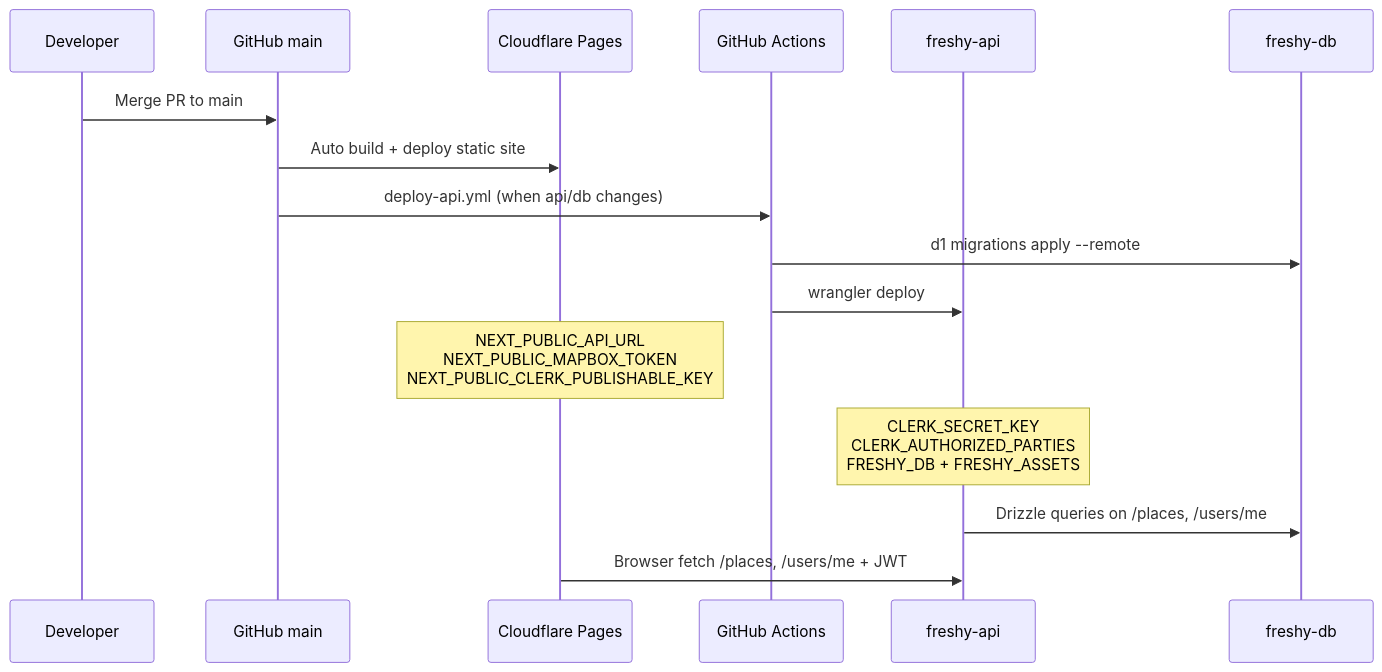
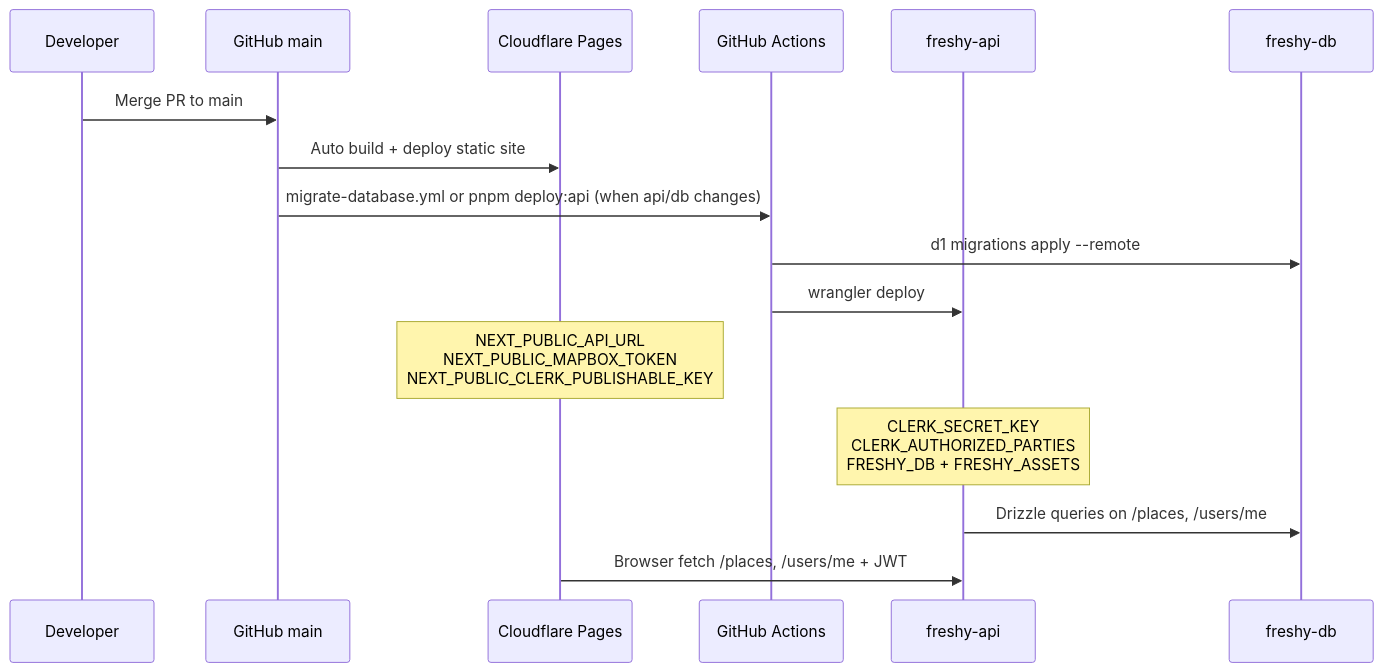
One commit to alexandrelheinen/freshy changed the second of 2 diagrams in docs/platforms.md. Above: the diagram before and after it, drawn with Mermaid. The commit also changed other lines of this file and 43 other files, not shown here.

````diff
--- a/docs/platforms.md
+++ b/docs/platforms.md
@@ -346,19 +346,19 @@
 ```mermaid
 sequenceDiagram
     participant Dev as Developer
     participant GH as GitHub main
     participant Pages as Cloudflare Pages
     participant GHA as GitHub Actions
     participant Worker as freshy-api
     participant D1 as freshy-db
 
     Dev->>GH: Merge PR to main
     GH->>Pages: Auto build + deploy static site
-    GH->>GHA: deploy-api.yml (when api/db changes)
+    GH->>GHA: migrate-database.yml or pnpm deploy:api (when api/db changes)
     GHA->>D1: d1 migrations apply --remote
     GHA->>Worker: wrangler deploy
     Note over Pages: NEXT_PUBLIC_API_URL<br/>NEXT_PUBLIC_MAPBOX_TOKEN<br/>NEXT_PUBLIC_CLERK_PUBLISHABLE_KEY
     Note over Worker: CLERK_SECRET_KEY<br/>CLERK_AUTHORIZED_PARTIES<br/>FRESHY_DB + FRESHY_ASSETS
     Worker->>D1: Drizzle queries on /places, /users/me
     Pages->>Worker: Browser fetch /places, /users/me + JWT
 ```
````
